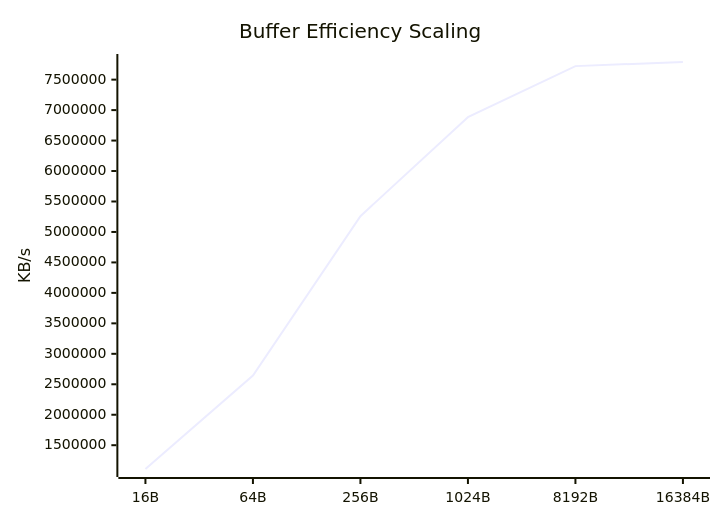
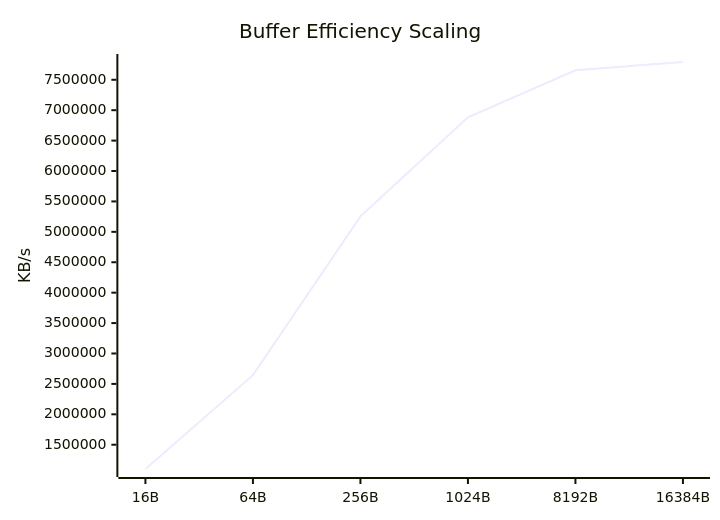
Before and after one commit to taha2samy/openssl_fips: the eighth of 9 diagrams in docs/Comparison_Report.md, drawn with Mermaid. The commit also changed other lines of this file and 3 other files, not shown here.

````diff
--- a/docs/Comparison_Report.md
+++ b/docs/Comparison_Report.md
@@ -118,7 +118,7 @@
 ```mermaid
 xychart-beta
     title "Buffer Efficiency Scaling"
     x-axis [16B, 64B, 256B, 1024B, 8192B, 16384B]
     y-axis "KB/s"
-    line [1109492.06, 2642145.18, 5259589.5, 6883363.33, 7721811.97, 7789445.12]
+    line [1100783.7, 2643584.99, 5254908.42, 6881864.7, 7657148.42, 7792345.09]
 ```
````
